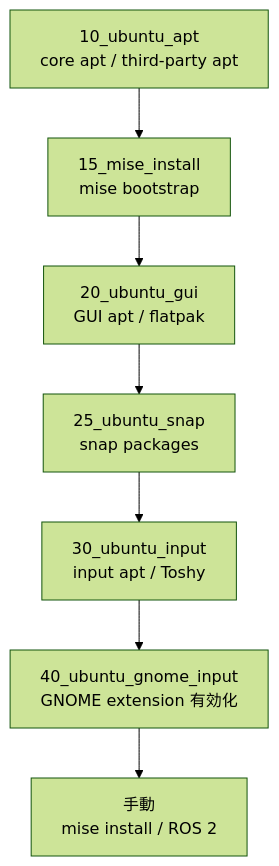
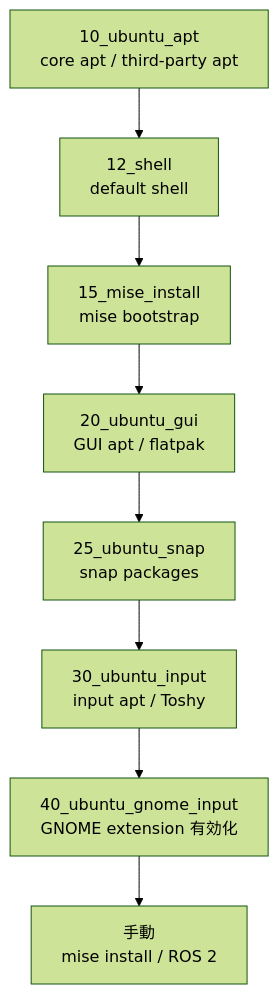
Before and after one commit to TomiXRM/dotfiles: the first of 2 diagrams in docs/ubuntu.md, drawn with Mermaid (forest theme). The commit also changed other lines of this file and 6 other files, not shown here.

````diff
--- a/docs/ubuntu.md
+++ b/docs/ubuntu.md
@@ -16,12 +16,13 @@
 ```mermaid
 flowchart TB
     A["10_ubuntu_apt<br/>core apt / third-party apt"]
+    A2["12_shell<br/>default shell"]
     B["15_mise_install<br/>mise bootstrap"]
     C["20_ubuntu_gui<br/>GUI apt / flatpak"]
     C2["25_ubuntu_snap<br/>snap packages"]
     D["30_ubuntu_input<br/>input apt / Toshy"]
     E["40_ubuntu_gnome_input<br/>GNOME extension 有効化"]
     F["手動<br/>mise install / ROS 2"]
 
-    A --> B --> C --> C2 --> D --> E --> F
+    A --> A2 --> B --> C --> C2 --> D --> E --> F
 ```
````
